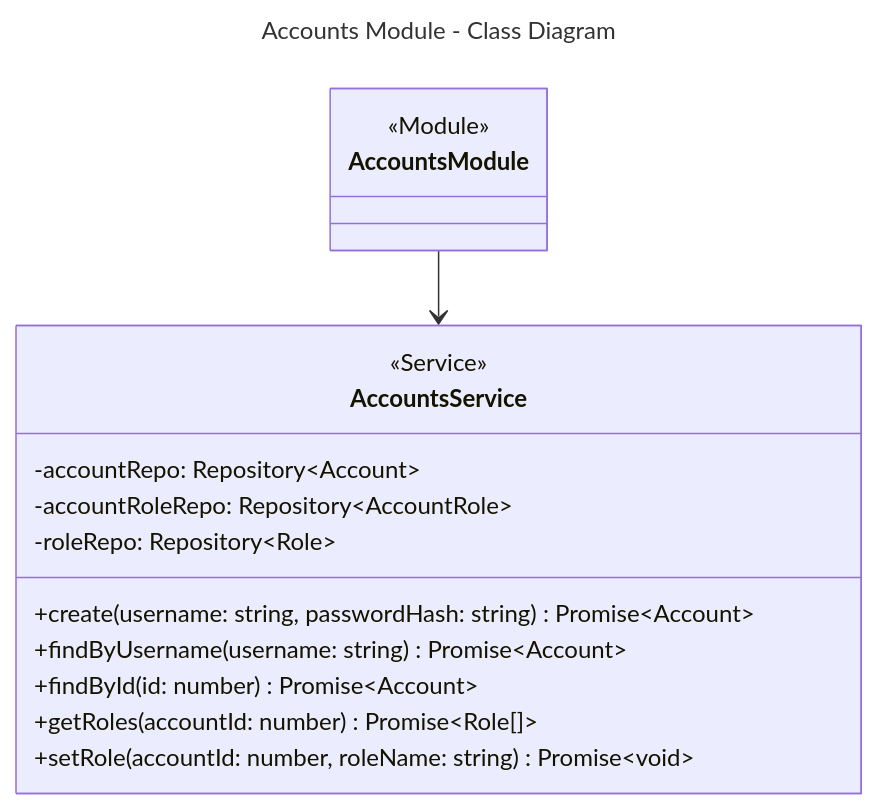
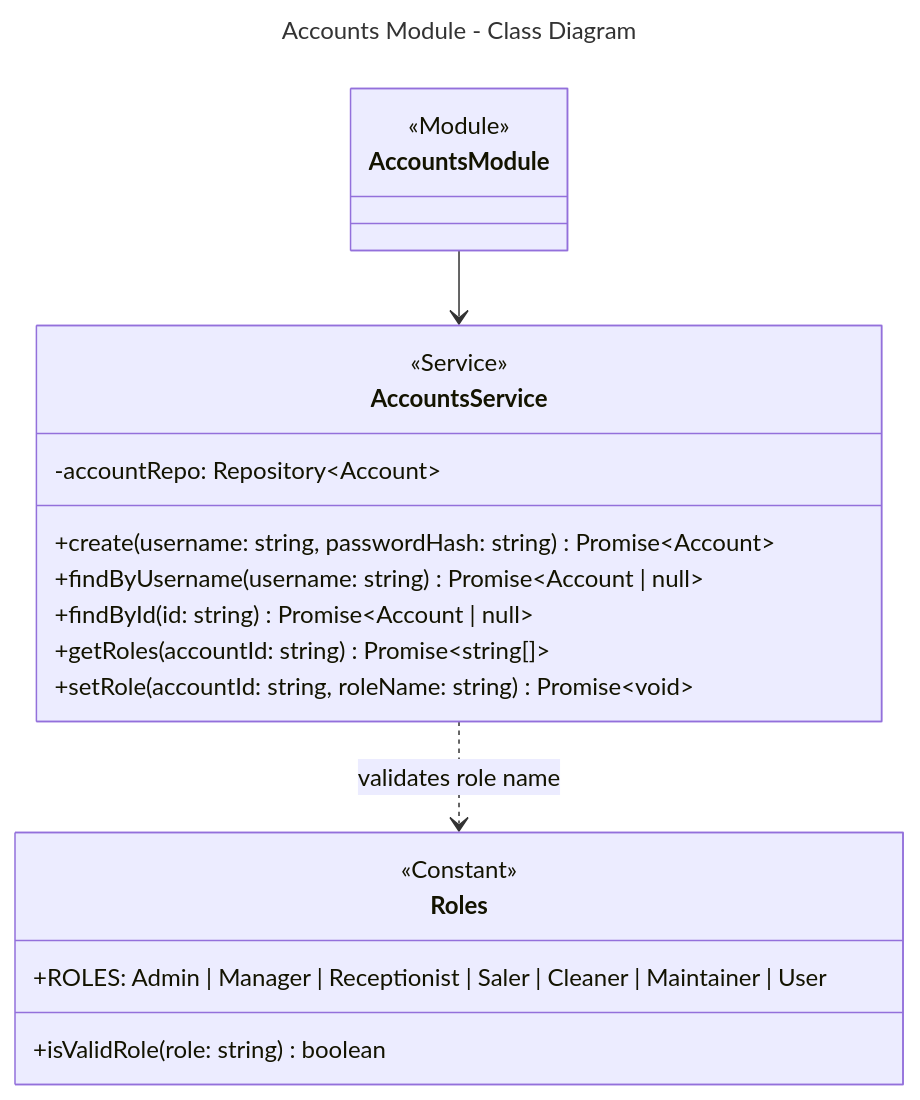
One commit to Notimemech/HotelHubManagement changed the diagram in docs/modules/accounts/class.mmd. Above: the diagram before and after it, drawn with Mermaid. The commit also changed 15 other files, not shown here.

First line of the commit message:
Add sequence diagrams and documentation for Services and Staff modules

```diff
--- a/docs/modules/accounts/class.mmd
+++ b/docs/modules/accounts/class.mmd
@@ -1,21 +1,26 @@
 ---
 title: Accounts Module - Class Diagram
 ---
 classDiagram
     class AccountsModule {
         <<Module>>
     }
 
     class AccountsService {
         <<Service>>
         -accountRepo: Repository~Account~
-        -accountRoleRepo: Repository~AccountRole~
-        -roleRepo: Repository~Role~
         +create(username: string, passwordHash: string) Promise~Account~
-        +findByUsername(username: string) Promise~Account~
-        +findById(id: number) Promise~Account~
-        +getRoles(accountId: number) Promise~Role[]~
-        +setRole(accountId: number, roleName: string) Promise~void~
+        +findByUsername(username: string) Promise~Account | null~
+        +findById(id: string) Promise~Account | null~
+        +getRoles(accountId: string) Promise~string[]~
+        +setRole(accountId: string, roleName: string) Promise~void~
+    }
+
+    class Roles {
+        <<Constant>>
+        +ROLES: Admin | Manager | Receptionist | Saler | Cleaner | Maintainer | User
+        +isValidRole(role: string) boolean
     }
 
     AccountsModule --> AccountsService
+    AccountsService ..> Roles : validates role name
```
